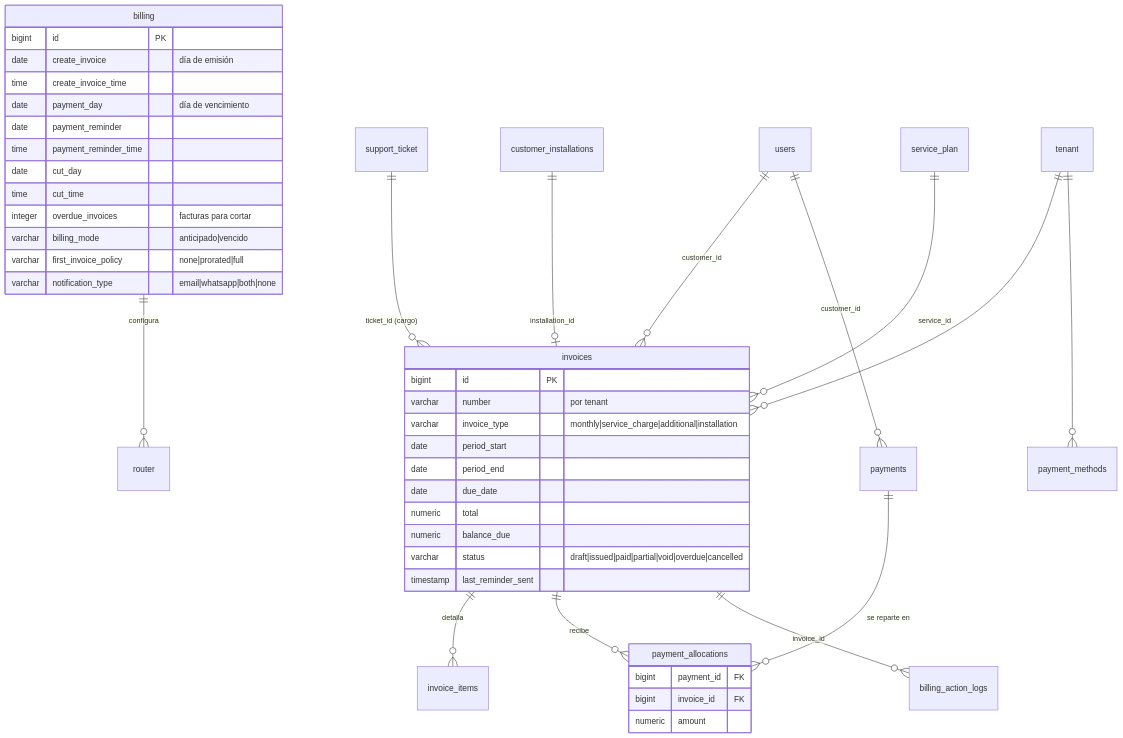
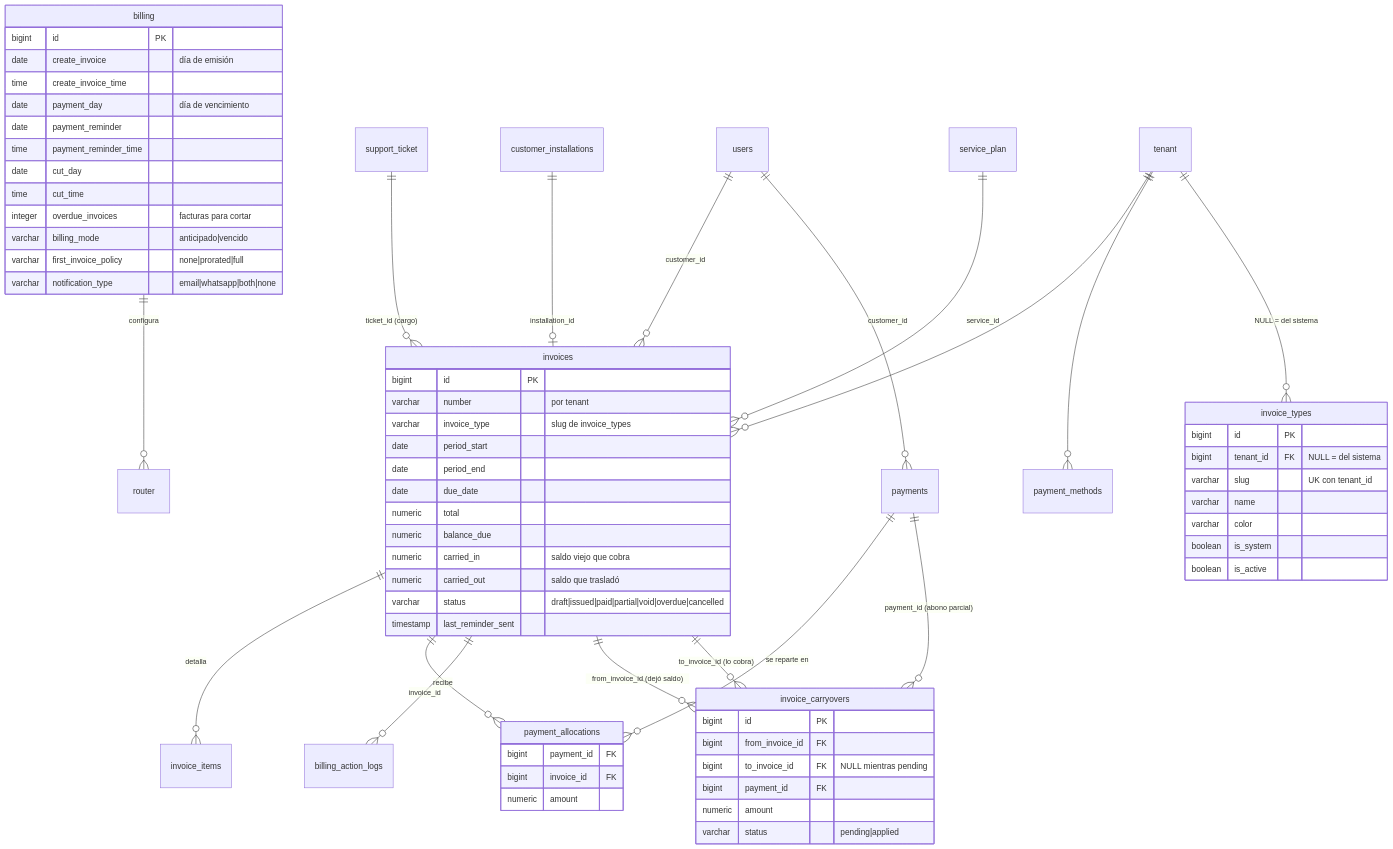
Before and after one commit to ispwatchcol/ISPWatch: the second of 3 diagrams in docs/BASE_DATOS.md, drawn with Mermaid. The commit also changed other lines of this file and 28 other files, not shown here.

````diff
--- a/docs/BASE_DATOS.md
+++ b/docs/BASE_DATOS.md
@@ -225,47 +227,70 @@
 ```mermaid
 erDiagram
     billing ||--o{ router : "configura"
     users ||--o{ invoices : "customer_id"
     users ||--o{ payments : "customer_id"
     invoices ||--o{ invoice_items : "detalla"
     invoices ||--o{ payment_allocations : "recibe"
     payments ||--o{ payment_allocations : "se reparte en"
     support_ticket ||--o{ invoices : "ticket_id (cargo)"
     customer_installations ||--o| invoices : "installation_id"
     service_plan ||--o{ invoices : "service_id"
     tenant ||--o{ invoices : ""
     tenant ||--o{ payment_methods : ""
+    tenant ||--o{ invoice_types : "NULL = del sistema"
     invoices ||--o{ billing_action_logs : "invoice_id"
+    invoices ||--o{ invoice_carryovers : "from_invoice_id (dejó saldo)"
+    invoices ||--o{ invoice_carryovers : "to_invoice_id (lo cobra)"
+    payments ||--o{ invoice_carryovers : "payment_id (abono parcial)"
 
     billing {
         bigint id PK
         date create_invoice "día de emisión"
         time create_invoice_time
         date payment_day "día de vencimiento"
         date payment_reminder
         time payment_reminder_time
         date cut_day
         time cut_time
         integer overdue_invoices "facturas para cortar"
         varchar billing_mode "anticipado|vencido"
         varchar first_invoice_policy "none|prorated|full"
         varchar notification_type "email|whatsapp|both|none"
     }
     invoices {
         bigint id PK
         varchar number "por tenant"
-        varchar invoice_type "monthly|service_charge|additional|installation"
+        varchar invoice_type "slug de invoice_types"
         date period_start
         date period_end
         date due_date
         numeric total
         numeric balance_due
+        numeric carried_in "saldo viejo que cobra"
+        numeric carried_out "saldo que trasladó"
         varchar status "draft|issued|paid|partial|void|overdue|cancelled"
         timestamp last_reminder_sent
     }
     payment_allocations {
         bigint payment_id FK
         bigint invoice_id FK
         numeric amount
     }
+    invoice_types {
+        bigint id PK
+        bigint tenant_id FK "NULL = del sistema"
+        varchar slug "UK con tenant_id"
+        varchar name
+        varchar color
+        boolean is_system
+        boolean is_active
+    }
+    invoice_carryovers {
+        bigint id PK
+        bigint from_invoice_id FK
+        bigint to_invoice_id FK "NULL mientras pending"
+        bigint payment_id FK
+        numeric amount
+        varchar status "pending|applied"
+    }
 ```
````
